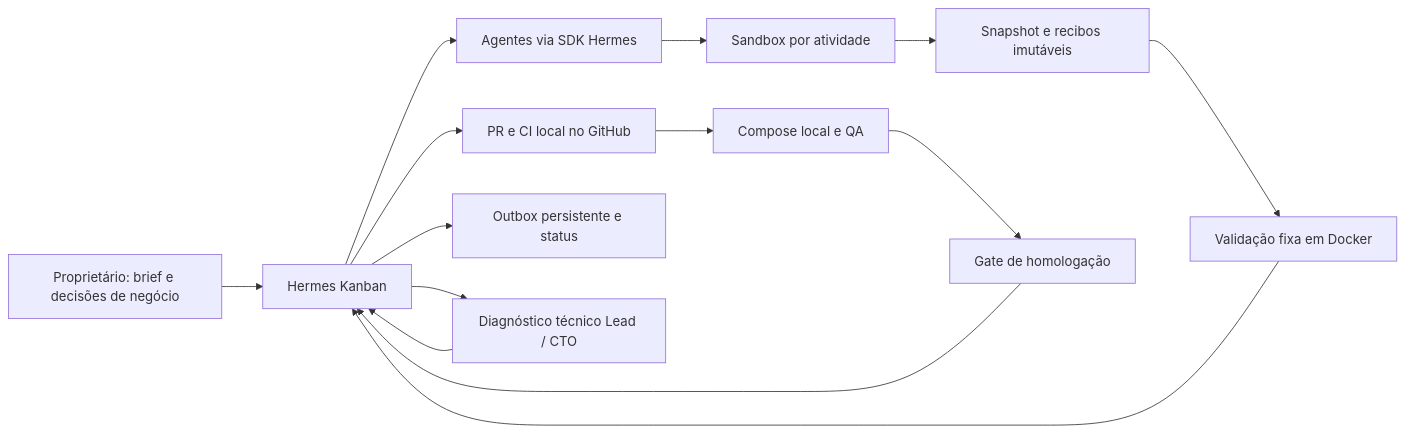
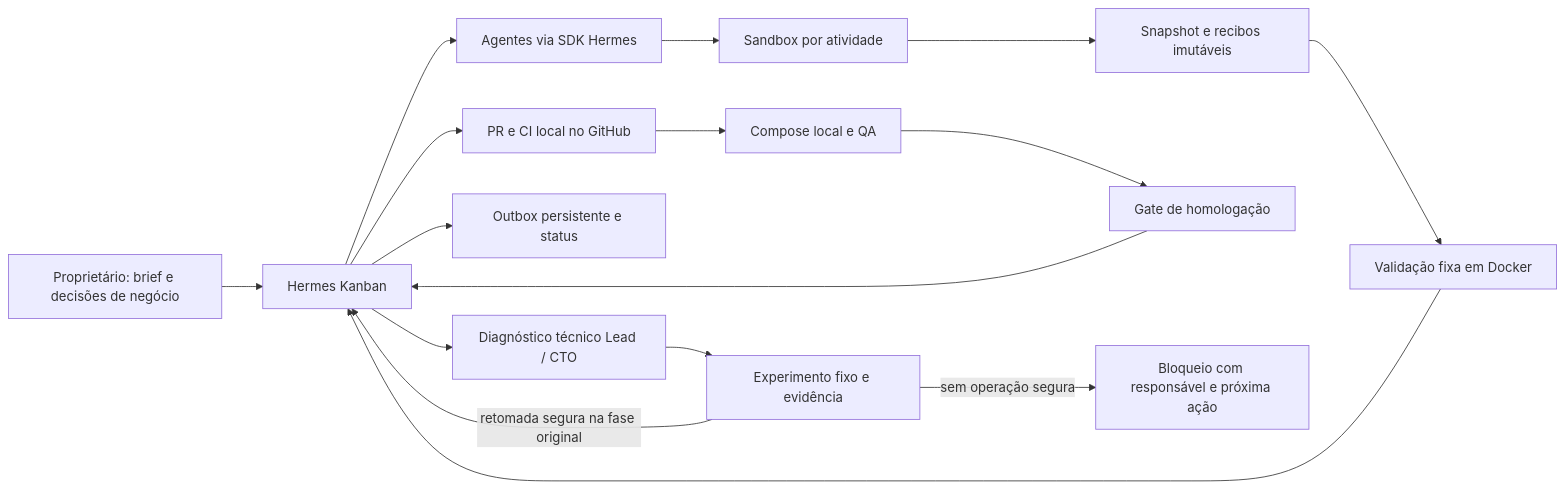
One commit to codifydeep/fabriquinha changed the first of 2 diagrams in README.md. Above: the diagram before and after it, drawn with Mermaid. The commit also changed other lines of this file and 4 other files, not shown here.

Commit message:
Update recovery diagrams and real-agent qualification progress

````diff
--- a/README.md
+++ b/README.md
@@ -28,16 +28,18 @@
 ```mermaid
 flowchart LR
     CEO[Proprietário: brief e decisões de negócio] --> K[Hermes Kanban]
     K --> W[Agentes via SDK Hermes]
     W --> S[Sandbox por atividade]
     S --> E[Snapshot e recibos imutáveis]
     E --> V[Validação fixa em Docker]
     V --> K
     K --> G[PR e CI local no GitHub]
     G --> D[Compose local e QA]
     D --> H[Gate de homologação]
     H --> K
     K --> O[Outbox persistente e status]
     K --> R[Diagnóstico técnico Lead / CTO]
-    R --> K
+    R --> X[Experimento fixo e evidência]
+    X -->|retomada segura na fase original| K
+    X -->|sem operação segura| B[Bloqueio com responsável e próxima ação]
 ```
````
